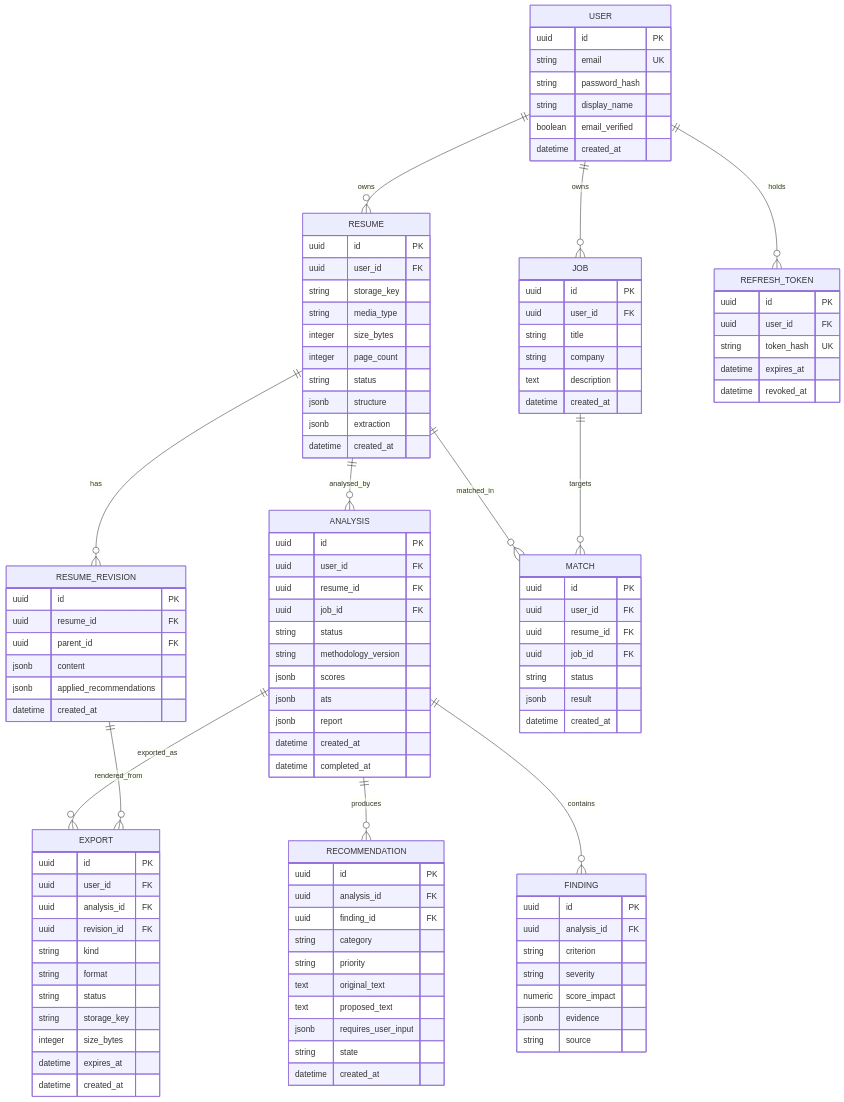
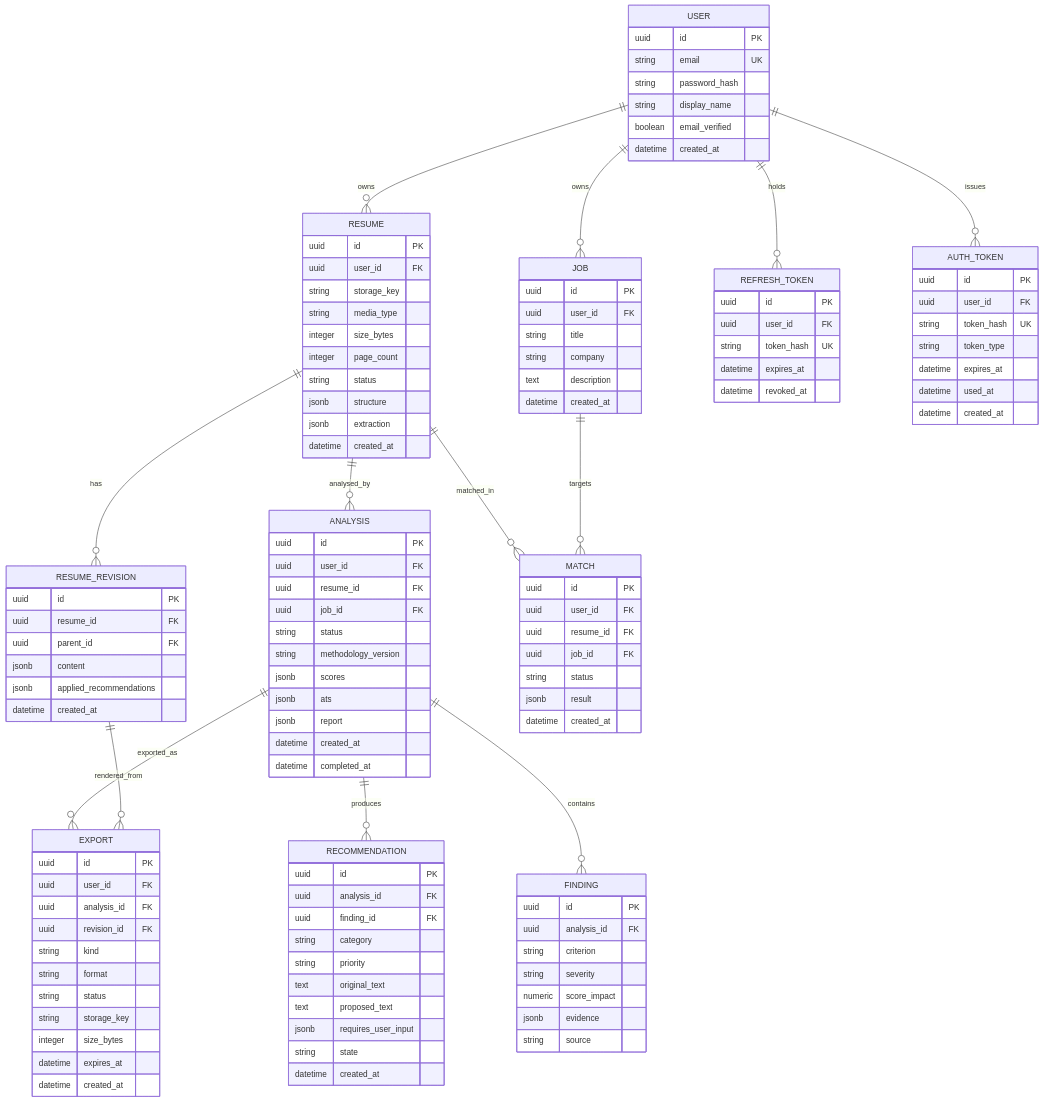
Before and after one commit to tdzoro/Potencia: the seventh of 9 diagrams in docs/ARCHITECTURE.md, drawn with Mermaid. The commit also changed other lines of this file and 24 other files, not shown here.

Commit message:
feat: add email verification and password recovery flows with secure token handling

```diff
--- a/docs/ARCHITECTURE.md
+++ b/docs/ARCHITECTURE.md
@@ -304,6 +318,7 @@
     USER ||--o{ RESUME : owns
     USER ||--o{ JOB : owns
     USER ||--o{ REFRESH_TOKEN : holds
+    USER ||--o{ AUTH_TOKEN : issues
     RESUME ||--o{ RESUME_REVISION : has
     RESUME ||--o{ ANALYSIS : analysed_by
     RESUME ||--o{ MATCH : matched_in
@@ -319,6 +334,15 @@
         string password_hash
         string display_name
         boolean email_verified
+        datetime created_at
+    }
+    AUTH_TOKEN {
+        uuid id PK
+        uuid user_id FK
+        string token_hash UK
+        string token_type
+        datetime expires_at
+        datetime used_at
         datetime created_at
     }
     RESUME {
```
